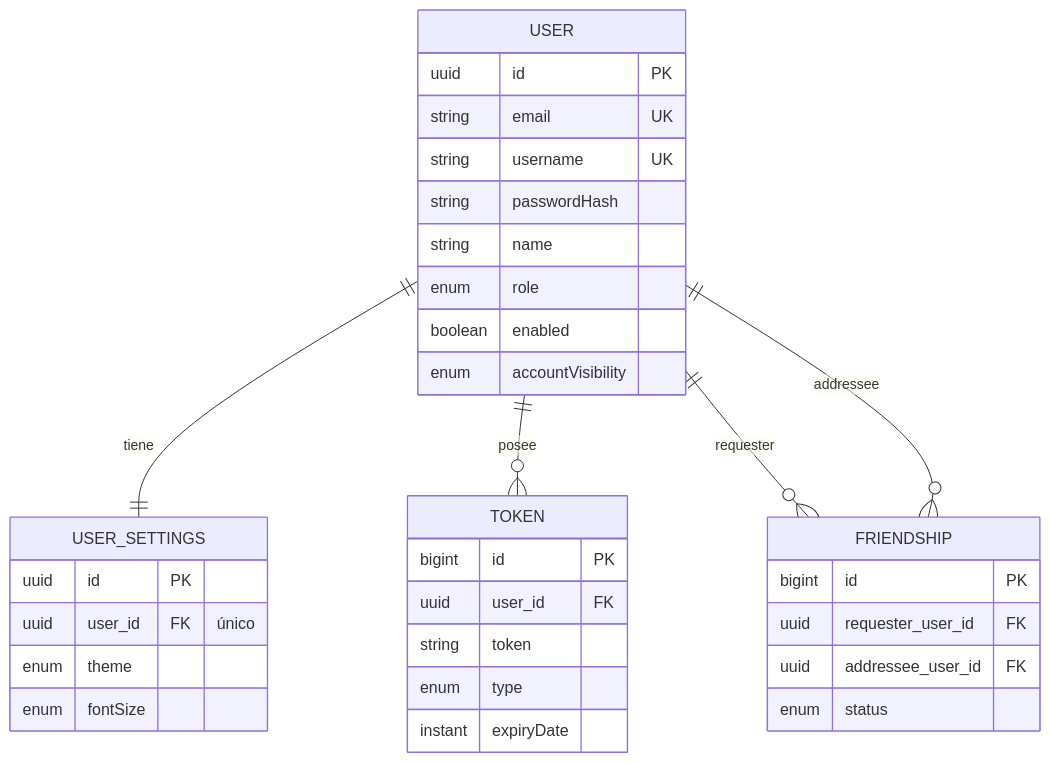
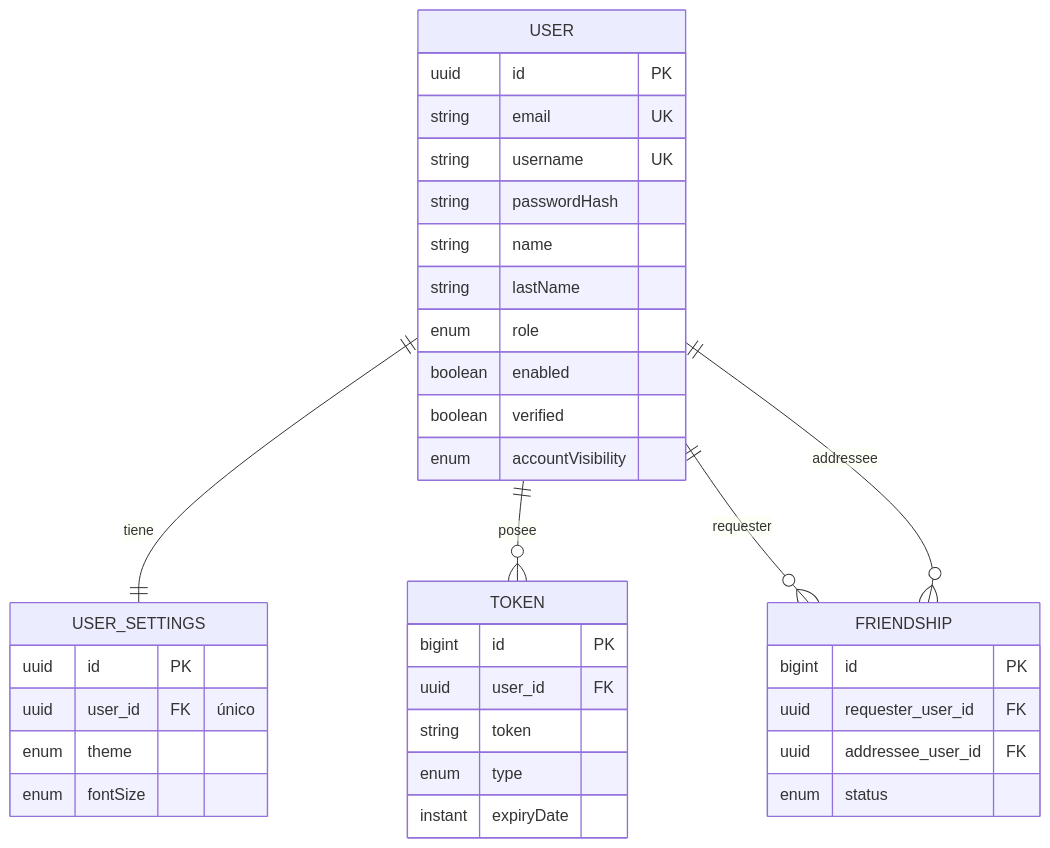
Before and after one commit to signasource/signa-api: the first of 5 diagrams in docs/diagrams/er.md, drawn with Mermaid. The commit also changed 13 other files, not shown here.

````diff
--- a/docs/diagrams/er.md
+++ b/docs/diagrams/er.md
@@ -10,37 +10,39 @@
 ```mermaid
 erDiagram
     USER ||--|| USER_SETTINGS : tiene
     USER ||--o{ TOKEN : posee
     USER ||--o{ FRIENDSHIP : "requester"
     USER ||--o{ FRIENDSHIP : "addressee"
 
     USER {
         uuid id PK
         string email UK
         string username UK
         string passwordHash
         string name
+        string lastName
         enum role
         boolean enabled
+        boolean verified
         enum accountVisibility
     }
     USER_SETTINGS {
         uuid id PK
         uuid user_id FK "único"
         enum theme
         enum fontSize
     }
     TOKEN {
         bigint id PK
         uuid user_id FK
         string token
         enum type
         instant expiryDate
     }
     FRIENDSHIP {
         bigint id PK
         uuid requester_user_id FK
         uuid addressee_user_id FK
         enum status
     }
 ```
````
